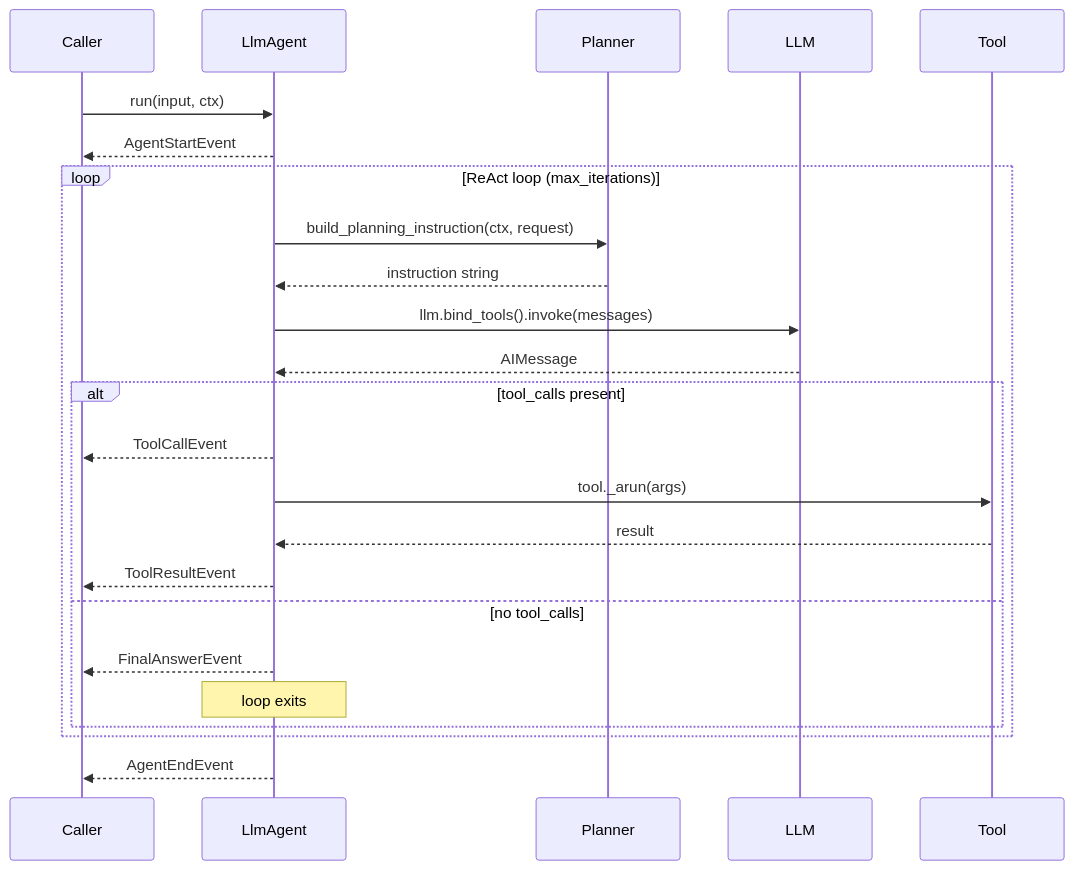
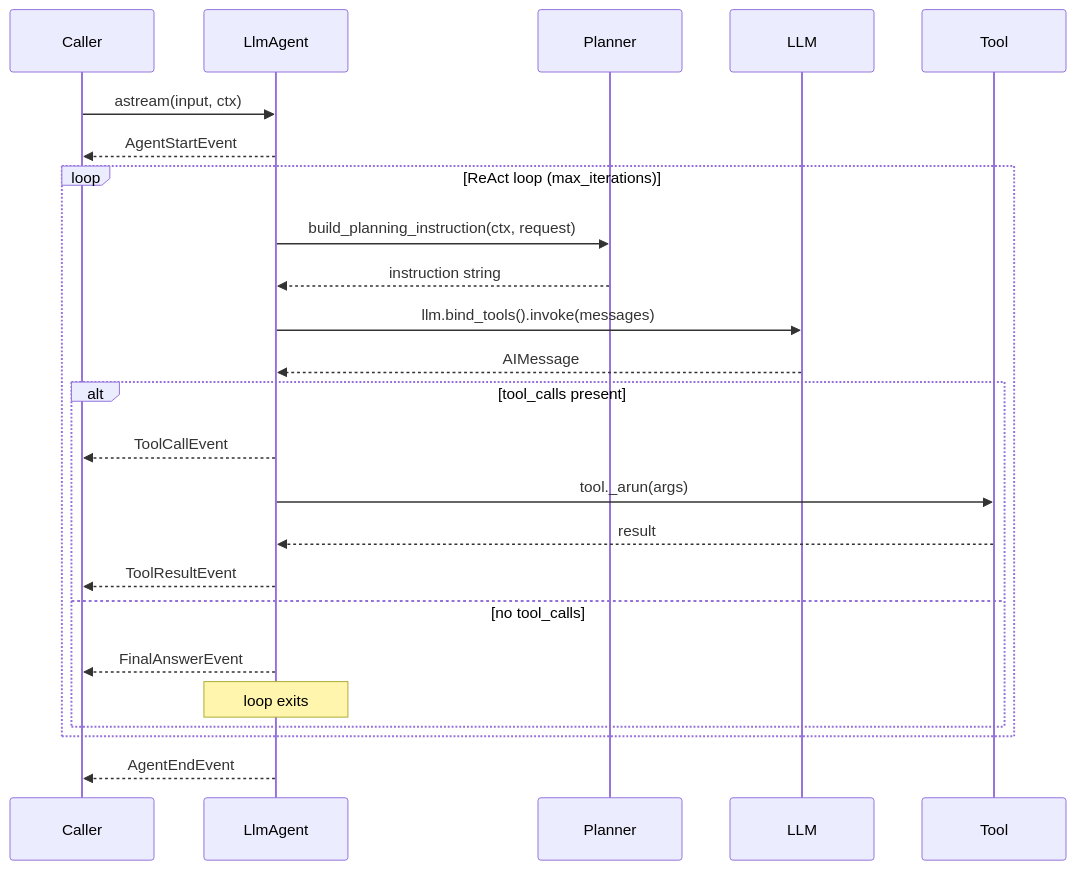
One commit to NicolaiLassen/langchain-adk changed the second of 10 diagrams in README.md. Above: the diagram before and after it, drawn with Mermaid. The commit also changed other lines of this file and 13 other files, not shown here.

````diff
--- a/README.md
+++ b/README.md
@@ -175,30 +176,30 @@
 ```mermaid
 sequenceDiagram
     participant C as Caller
     participant A as LlmAgent
     participant P as Planner
     participant L as LLM
     participant T as Tool
 
-    C->>A: run(input, ctx)
+    C->>A: astream(input, ctx)
     A-->>C: AgentStartEvent
 
     loop ReAct loop (max_iterations)
         A->>P: build_planning_instruction(ctx, request)
         P-->>A: instruction string
         A->>L: llm.bind_tools().invoke(messages)
         L-->>A: AIMessage
 
         alt tool_calls present
             A-->>C: ToolCallEvent
             A->>T: tool._arun(args)
             T-->>A: result
             A-->>C: ToolResultEvent
         else no tool_calls
             A-->>C: FinalAnswerEvent
             note over A: loop exits
         end
     end
 
     A-->>C: AgentEndEvent
 ```
````
